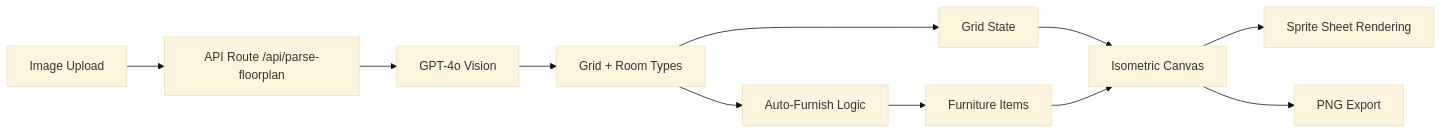
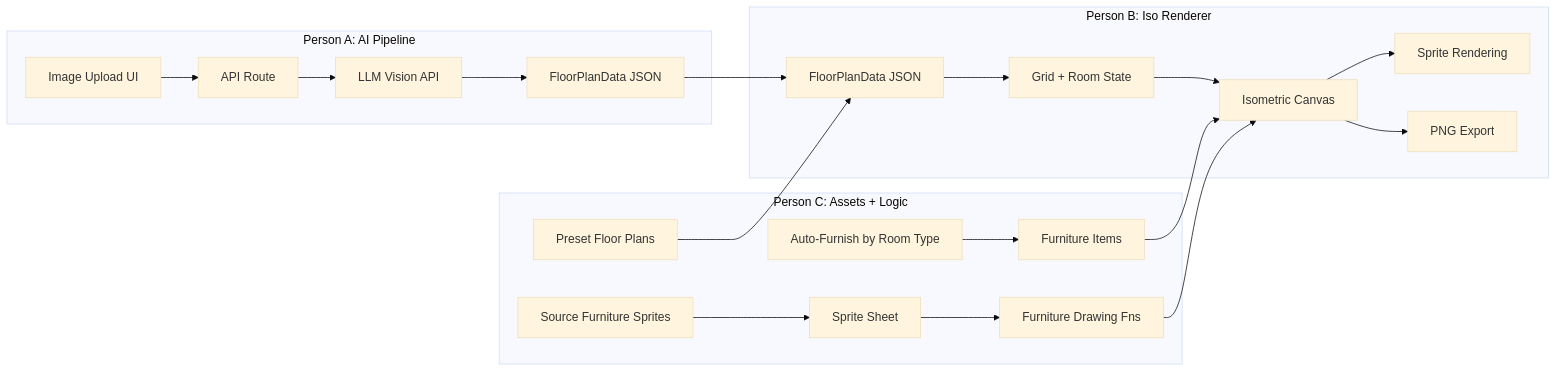
One commit to ethanyxchen/hackajohn changed the diagram in README.md. Above: the diagram before and after it, drawn with Mermaid (base theme). The commit also changed other lines of this file, not shown here.

````diff
--- a/README.md
+++ b/README.md
@@ -101,13 +54,23 @@
 ```mermaid
 flowchart LR
-  Upload["Image Upload"] --> API["API Route /api/parse-floorplan"]
-  API --> LLM["GPT-4o Vision"]
-  LLM --> JSON["Grid + Room Types"]
-  JSON --> Grid["Grid State"]
-  JSON --> AutoFurnish["Auto-Furnish Logic"]
-  AutoFurnish --> Items["Furniture Items"]
-  Grid --> IsoCanvas["Isometric Canvas"]
-  Items --> IsoCanvas
-  IsoCanvas --> Sprites["Sprite Sheet Rendering"]
-  IsoCanvas --> Export["PNG Export"]
+  subgraph PersonA [Person A: AI Pipeline]
+    Upload["Image Upload UI"] --> APIRoute["API Route"]
+    APIRoute --> LLM["LLM Vision API"]
+    LLM --> JSONout["FloorPlanData JSON"]
+  end
+  subgraph PersonB [Person B: Iso Renderer]
+    JSONin["FloorPlanData JSON"] --> GridState["Grid + Room State"]
+    GridState --> Canvas["Isometric Canvas"]
+    Canvas --> Sprites["Sprite Rendering"]
+    Canvas --> Export["PNG Export"]
+  end
+  subgraph PersonC [Person C: Assets + Logic]
+    FindAssets["Source Furniture Sprites"] --> SpriteSheet["Sprite Sheet"]
+    SpriteSheet --> FurnitureDraw["Furniture Drawing Fns"]
+    AutoFurnish["Auto-Furnish by Room Type"] --> Items["Furniture Items"]
+    Presets["Preset Floor Plans"] --> JSONin
+  end
+  JSONout --> JSONin
+  Items --> Canvas
+  FurnitureDraw --> Canvas
 ```
````
